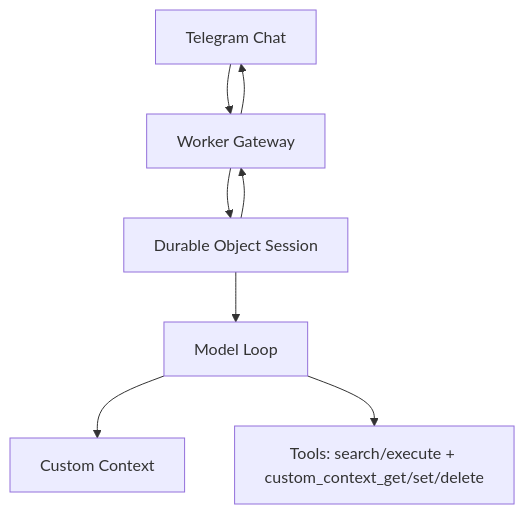
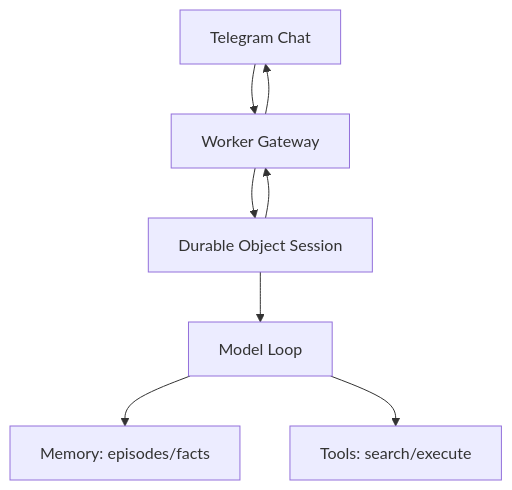
One commit to drevantonder/dreclaw changed the diagram in README.md. Above: the diagram before and after it, drawn with Mermaid. The commit also changed other lines of this file and 19 other files, not shown here.

First line of the commit message:
feat!: replace custom_context with memory-v2 pipeline

````diff
--- a/README.md
+++ b/README.md
@@ -15,9 +16,9 @@
 ```mermaid
 flowchart TD
   U[Telegram Chat] --> W[Worker Gateway]
   W --> DO[Durable Object Session]
   DO --> M[Model Loop]
-  M --> CC[Custom Context]
-  M --> T[Tools: search/execute + custom_context_get/set/delete]
+  M --> MM[Memory: episodes/facts]
+  M --> T[Tools: search/execute]
   DO --> W --> U
 ```
````
